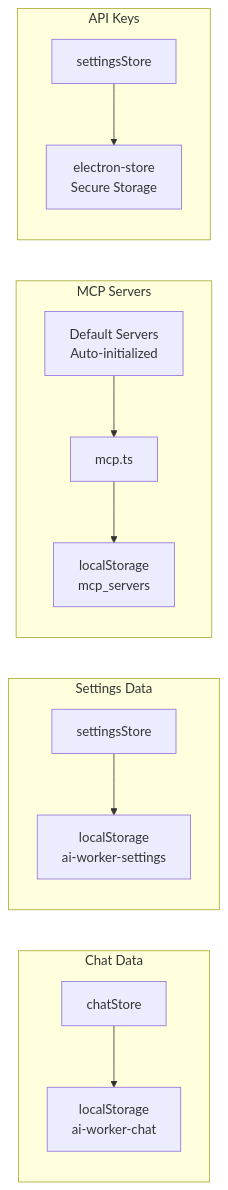
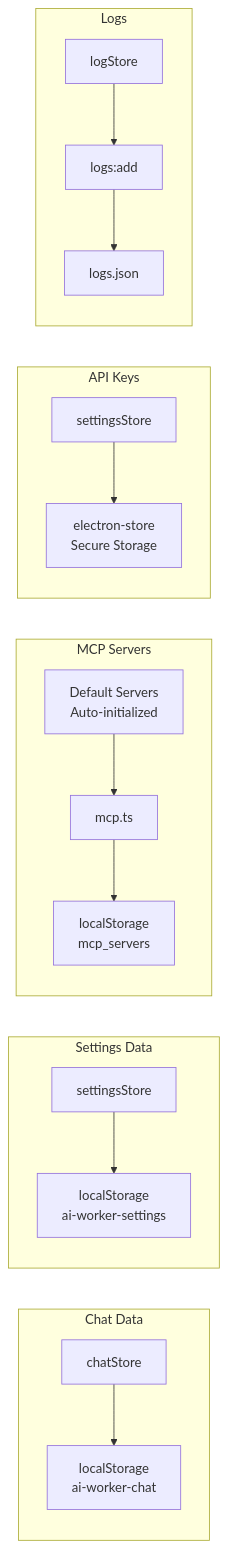
Before and after one commit to meharajM/ai-worker.app: diagram 18 of 23 in architecture.md, drawn with Mermaid. The commit also changed other lines of this file and 1 other file, not shown here.

Commit message:
feat: Introduce recursive multi-agent system with Bun sidecar, update architecture documentation, and add logging, new UI components, and expanded LLM providers.

````diff
--- a/architecture.md
+++ b/architecture.md
@@ -653,30 +676,38 @@
 ```mermaid
 graph LR
     subgraph "Chat Data"
         ChatStore[chatStore]
         ChatLocalStorage[localStorage<br/>ai-worker-chat]
     end
 
     subgraph "Settings Data"
         SettingsStore[settingsStore]
         SettingsLocalStorage[localStorage<br/>ai-worker-settings]
     end
 
     subgraph "MCP Servers"
         MCPLib[mcp.ts]
         MCPStorage[localStorage<br/>mcp_servers]
         DefaultServers[Default Servers<br/>Auto-initialized]
     end
 
     DefaultServers --> MCPLib
 
     subgraph "API Keys"
         SettingsStore2[settingsStore]
         ElectronStore2[electron-store<br/>Secure Storage]
     end
 
+    subgraph "Logs"
+        LogStore[logStore]
+        LogsIPC[logs:add]
+        LogFile[logs.json]
+    end
+
     ChatStore --> ChatLocalStorage
     SettingsStore --> SettingsLocalStorage
     MCPLib --> MCPStorage
     SettingsStore2 --> ElectronStore2
+    LogStore --> LogsIPC
+    LogsIPC --> LogFile
 ```
````
